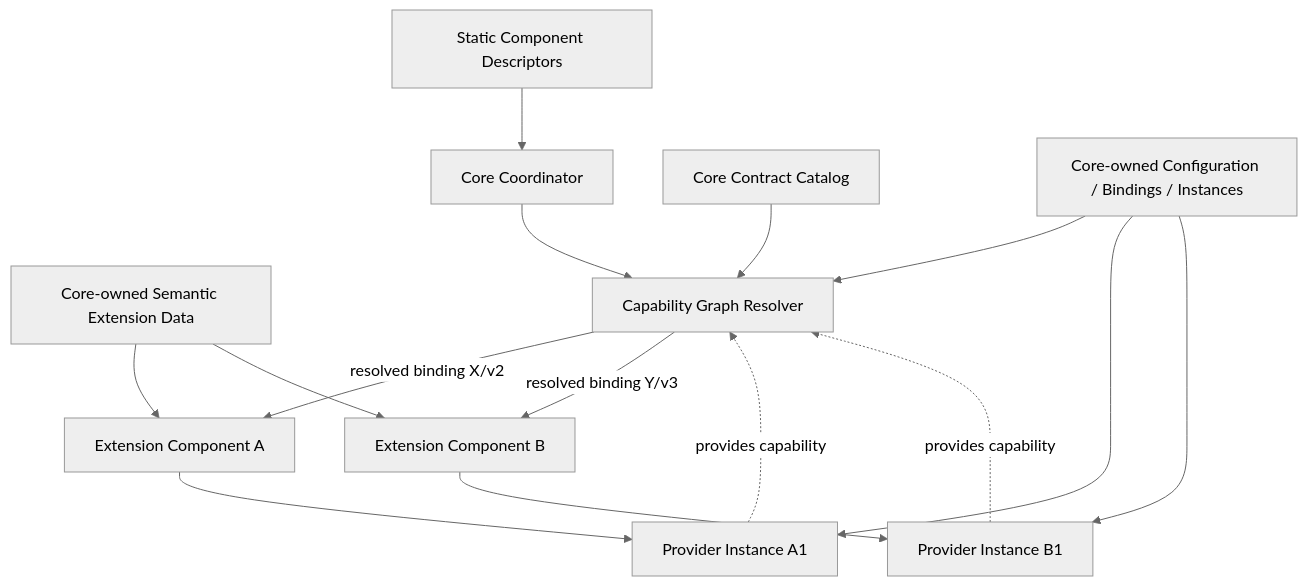
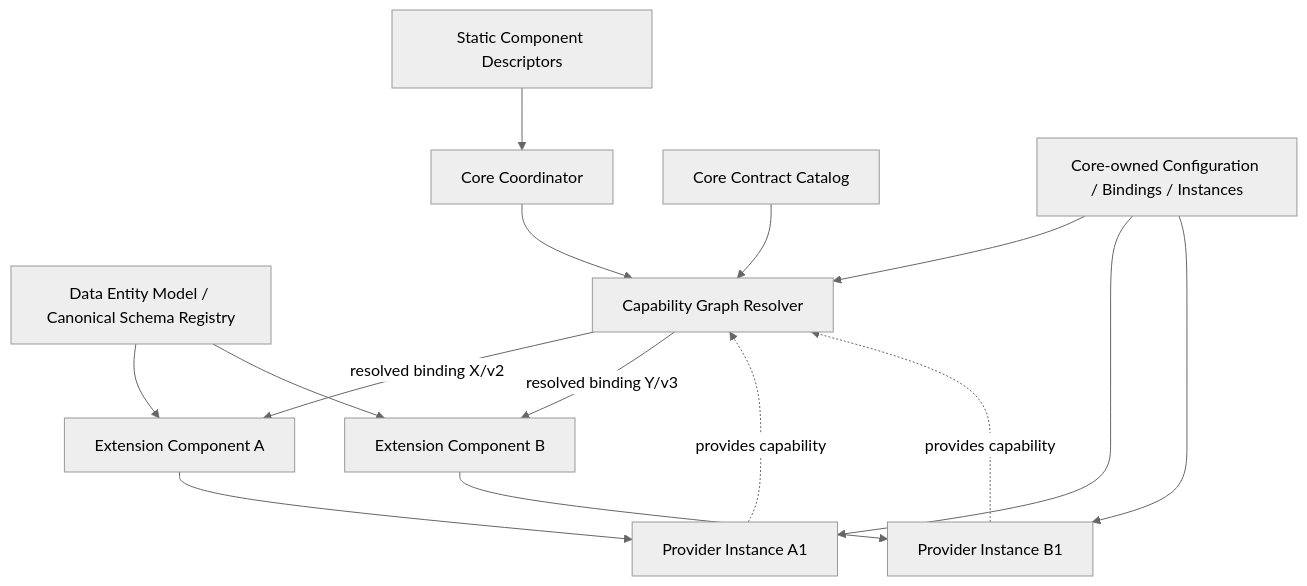
One commit to Algites-EU/pub.frmw.Aac changed the diagram in specs/aac/Application-Component-Architecture-Governance.md. Above: the diagram before and after it, drawn with Mermaid (neutral theme). The commit also changed other lines of this file and 93 other files, not shown here.

Commit message:
added the support of the data entities - converted from prior entity extension data handling. Rebuild of the library to new structure.

````diff
--- a/specs/aac/Application-Component-Architecture-Governance.md
+++ b/specs/aac/Application-Component-Architecture-Governance.md
@@ -111,32 +111,32 @@
 ```mermaid
 flowchart TB
     DESC["Static Component Descriptors"]
     CORE["Core Coordinator"]
     CATALOG["Core Contract Catalog"]
     CONF["Core-owned Configuration / Bindings / Instances"]
-    DATA["Core-owned Semantic Extension Data"]
+    DATA["Data Entity Model / Canonical Schema Registry"]
     RESOLVE["Capability Graph Resolver"]
     A["Extension Component A"]
     B["Extension Component B"]
     PA["Provider Instance A1"]
     PB["Provider Instance B1"]
 
     DESC --> CORE
     CATALOG --> RESOLVE
     CONF --> RESOLVE
     CORE --> RESOLVE
 
     RESOLVE -->|"resolved binding X/v2"| A
     RESOLVE -->|"resolved binding Y/v3"| B
 
     A --> PA
     B --> PB
 
     CONF --> PA
     CONF --> PB
     DATA --> A
     DATA --> B
 
     PA -. "provides capability" .-> RESOLVE
     PB -. "provides capability" .-> RESOLVE
 ```
````
